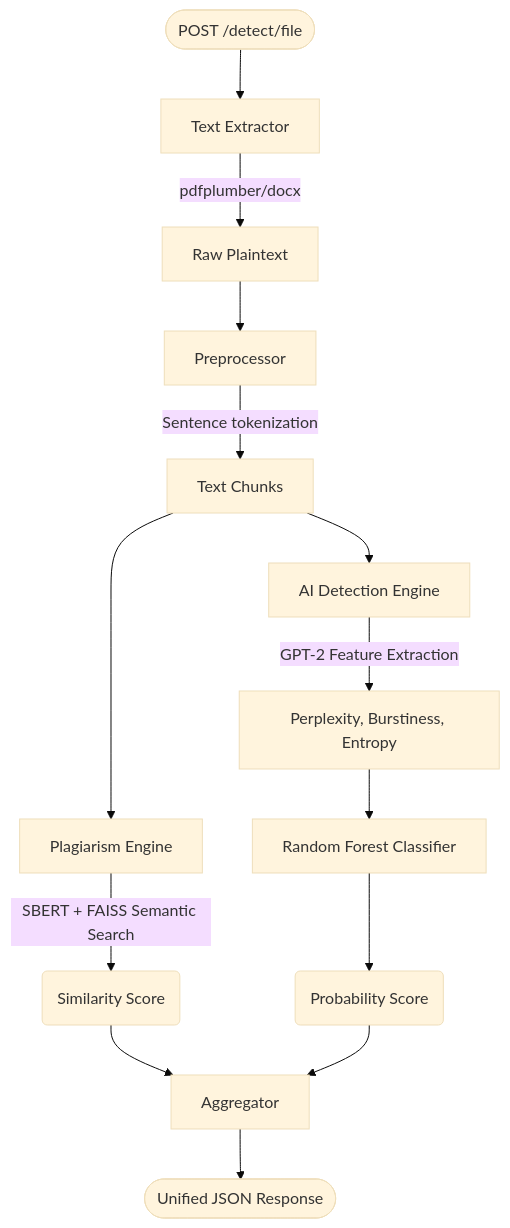
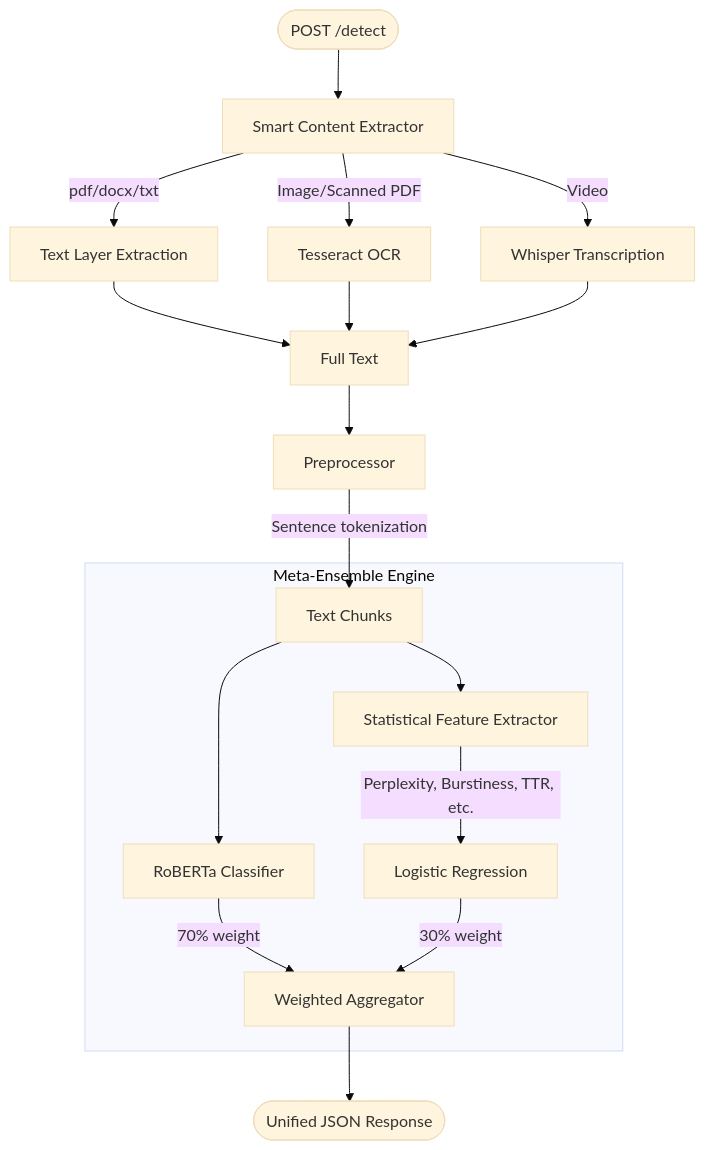
One commit to securitywithhem/vaultiq changed the fourth of 4 diagrams in README.md. Above: the diagram before and after it, drawn with Mermaid (base theme). The commit also changed other lines of this file and 1 other file, not shown here.

````diff
--- a/README.md
+++ b/README.md
@@ -112,20 +112,25 @@
 ```mermaid
 flowchart TD
-    Req([POST /detect/file]) --> Ext[Text Extractor]
-    Ext -->|pdfplumber/docx| Raw[Raw Plaintext]
-    Raw --> Prep[Preprocessor]
+    Req([POST /detect]) --> Ext[Smart Content Extractor]
+    Ext -->|pdf/docx/txt| Text[Text Layer Extraction]
+    Ext -->|Image/Scanned PDF| OCR[Tesseract OCR]
+    Ext -->|Video| Trans[Whisper Transcription]
+    
+    Text --> Full[Full Text]
+    OCR --> Full
+    Trans --> Full
+    
+    Full --> Prep[Preprocessor]
     Prep -->|Sentence tokenization| Chunks[Text Chunks]
     
-    Chunks --> Plag[Plagiarism Engine]
-    Chunks --> AID[AI Detection Engine]
+    subgraph Ensemble[Meta-Ensemble Engine]
+        Chunks --> Rob[RoBERTa Classifier]
+        Chunks --> Stat[Statistical Feature Extractor]
+        Stat -->|Perplexity, Burstiness, TTR, etc.| LR[Logistic Regression]
+        
+        Rob -->|70% weight| Agg[Weighted Aggregator]
+        LR -->|30% weight| Agg
+    end
     
-    Plag -->|SBERT + FAISS Semantic Search| PlagRes(Similarity Score)
-    
-    AID -->|GPT-2 Feature Extraction| Feats[Perplexity, Burstiness, Entropy]
-    Feats --> RF[Random Forest Classifier]
-    RF --> AIRes(Probability Score)
-    
-    PlagRes --> Agg[Aggregator]
-    AIRes --> Agg
     Agg --> Resp([Unified JSON Response])
 ```
````
